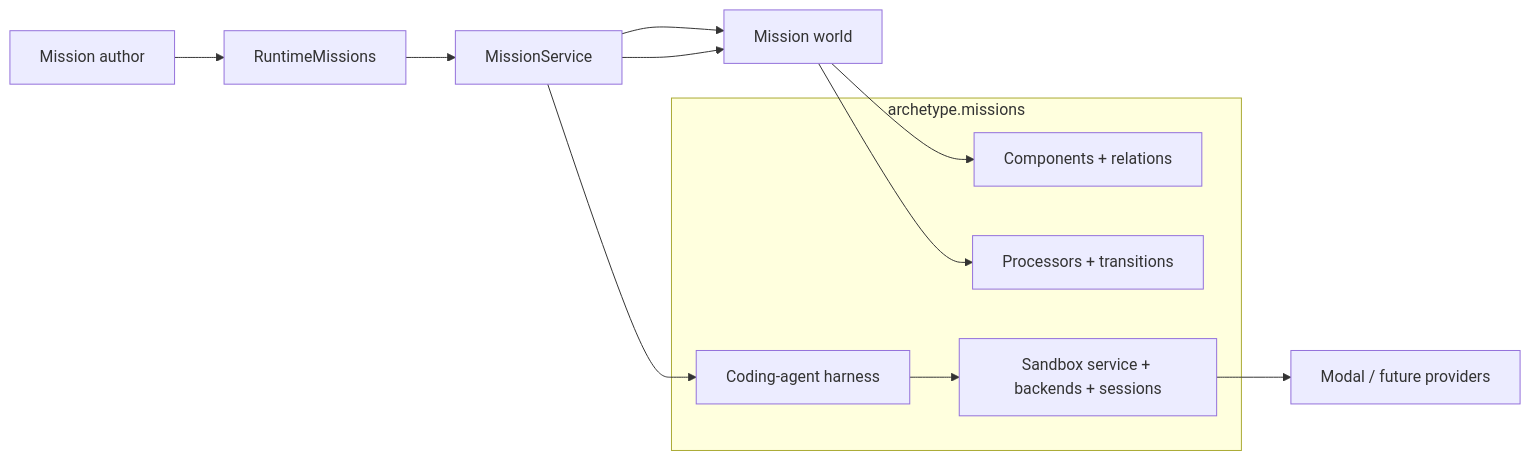
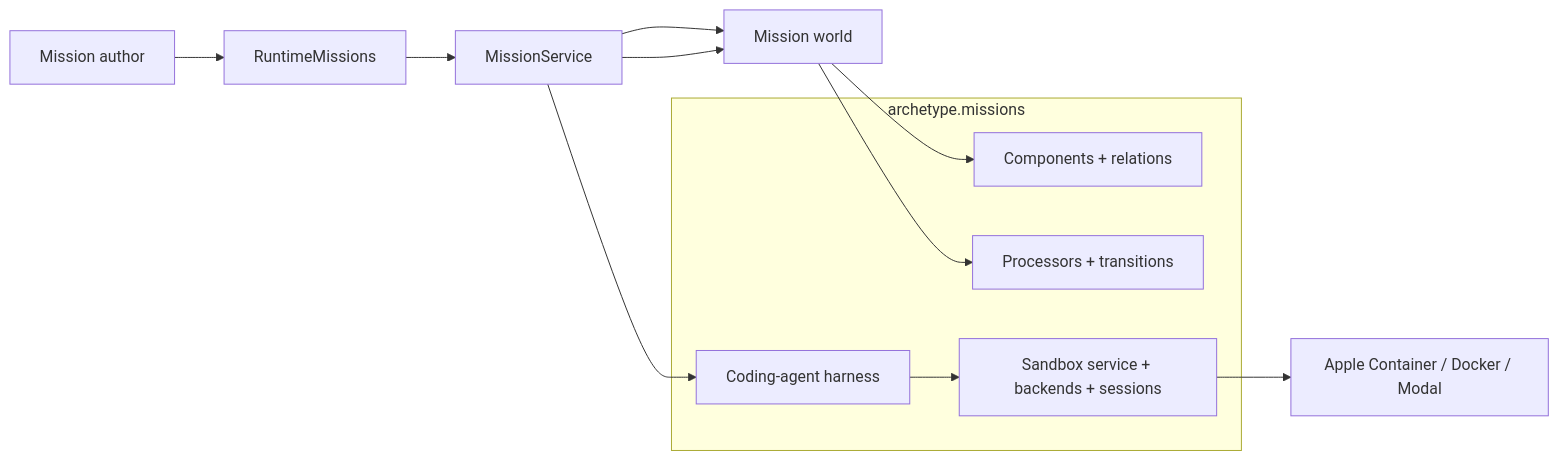
Before and after one commit to VangelisTech/archetype: the first of 3 diagrams in docs/guide/agent-missions.md, drawn with Mermaid. The commit also changed other lines of this file and 6 other files, not shown here.

````diff
--- a/docs/guide/agent-missions.md
+++ b/docs/guide/agent-missions.md
@@ -151,20 +154,20 @@
 ```mermaid
 flowchart LR
     Author[Mission author] --> Runtime[RuntimeMissions]
     Runtime --> App[MissionService]
     App --> World[Mission world]
 
     subgraph Domain[archetype.missions]
         State[Components + relations]
         Behavior[Processors + transitions]
         Agents[Coding-agent harness]
         Sandboxes[Sandbox service + backends + sessions]
     end
 
     World --> State
     World --> Behavior
     App --> Agents
     Agents --> Sandboxes
-    Sandboxes --> Provider[Modal / future providers]
+    Sandboxes --> Provider[Apple Container / Docker / Modal]
     App --> World
 ```
````
